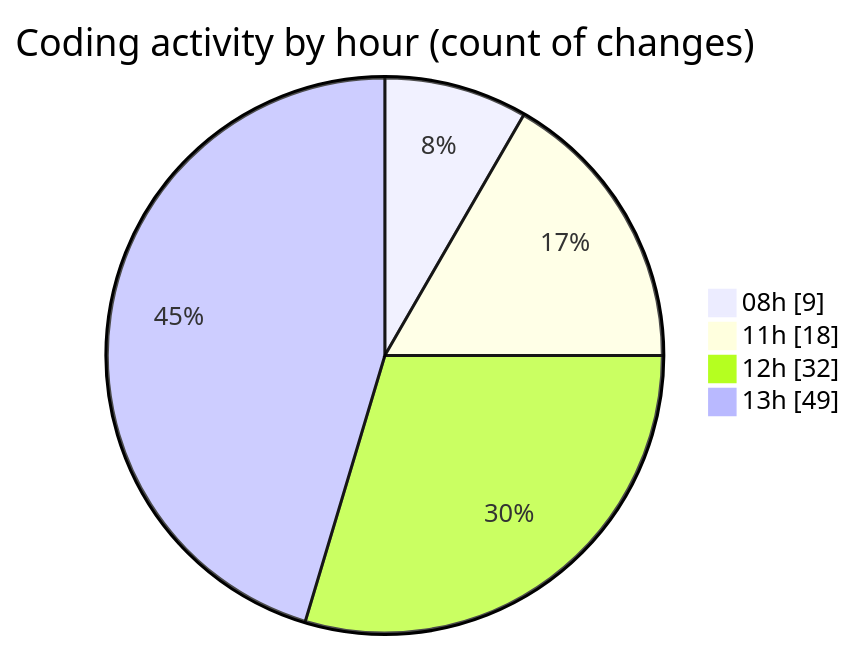
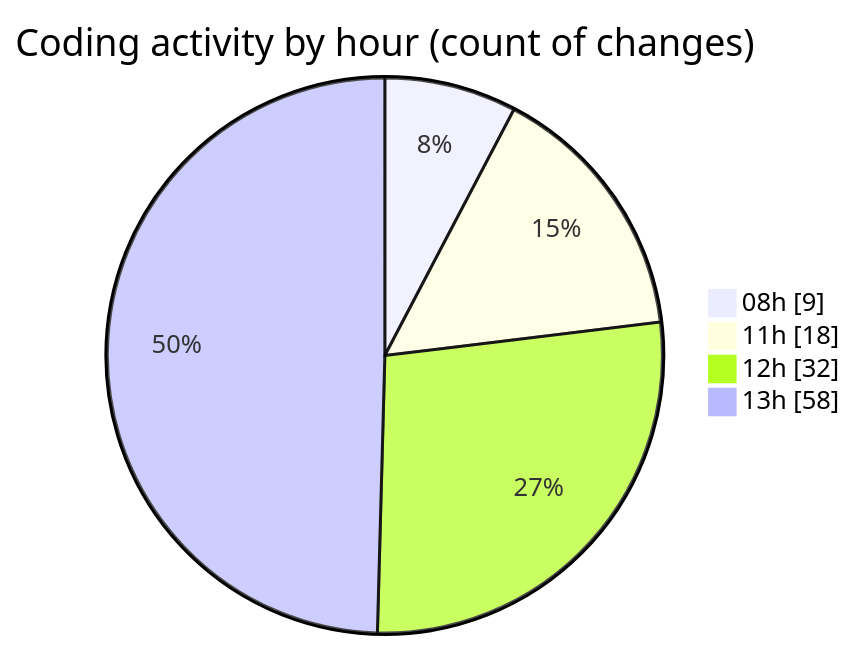
Before and after one commit to momahboobian/code-tracking: the second of 2 diagrams in 2026-04-17/cda/README.md, drawn with Mermaid. The commit also changed other lines of this file and 1 other file, not shown here.

````diff
--- a/2026-04-17/cda/README.md
+++ b/2026-04-17/cda/README.md
@@ -59,8 +59,8 @@
 ```mermaid
 pie showData
 title Coding activity by hour (count of changes)
 "08h" : 9
 "11h" : 18
 "12h" : 32
-"13h" : 49
+"13h" : 58
 ```
````
